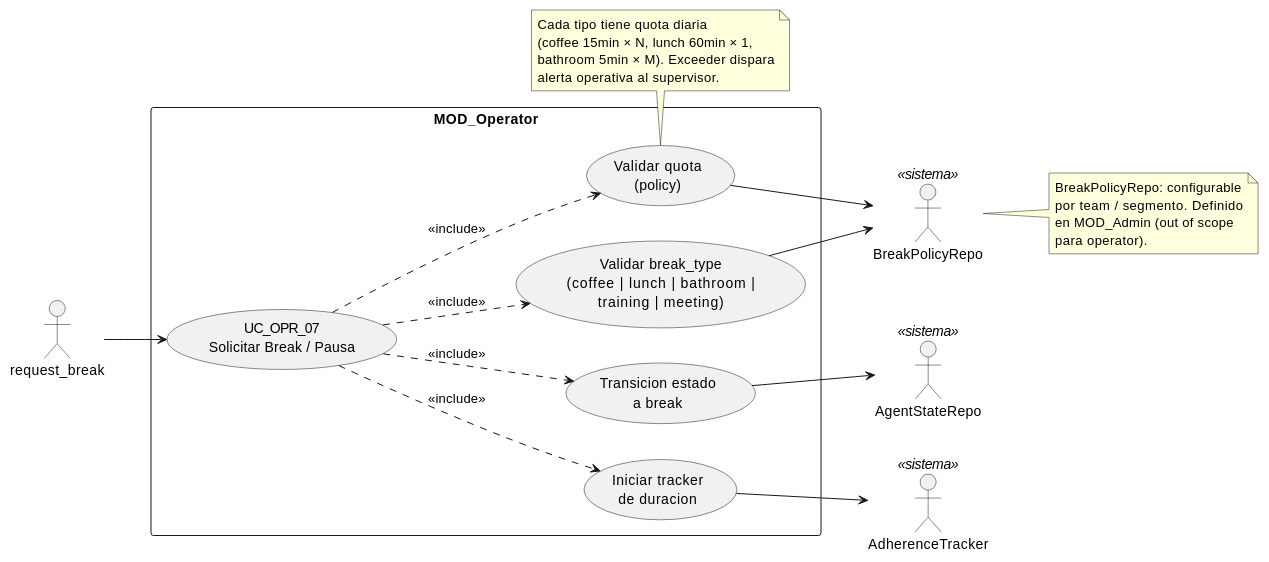
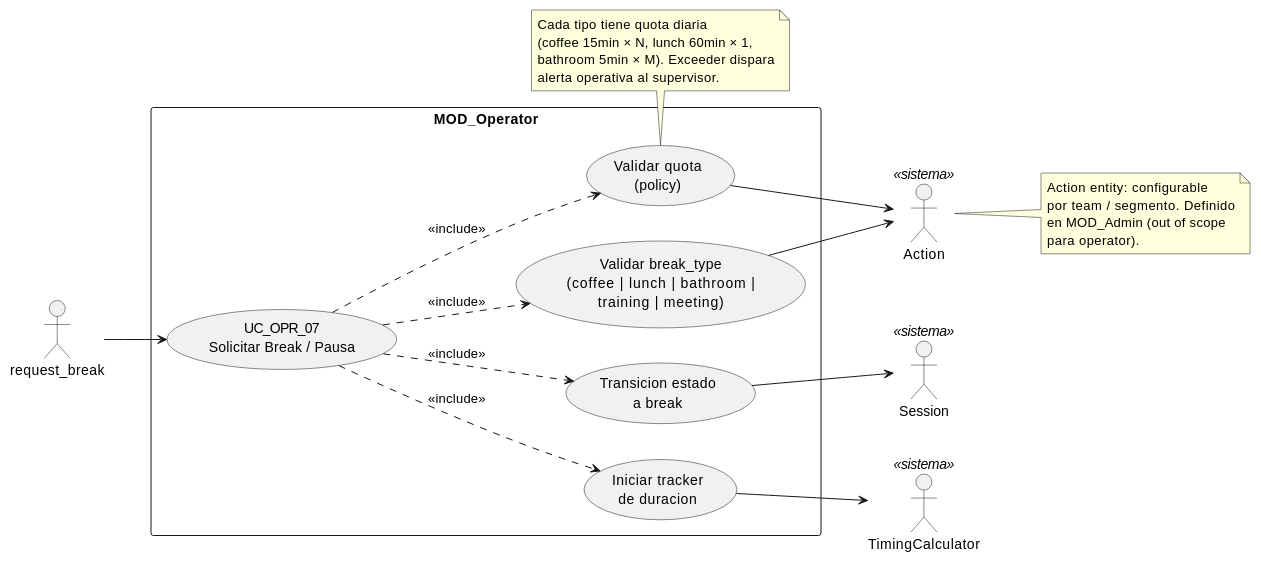
One commit to jcg-admin/IACT-docs changed the diagram in source/requisitos/casos-uso/operator/uc-opr-07/diagramas-uml/diagrama-de-caso-de-uso.rst. Above: the diagram before and after it, drawn with PlantUML. The commit also changed other lines of this file and 52 other files, not shown here.

```diff
--- a/source/requisitos/casos-uso/operator/uc-opr-07/diagramas-uml/diagrama-de-caso-de-uso.rst
+++ b/source/requisitos/casos-uso/operator/uc-opr-07/diagramas-uml/diagrama-de-caso-de-uso.rst
@@ -4,46 +4,46 @@
 .. uml::
  :caption: UC_OPR_07 — actores y casos asociados
 
  @startuml
 
  left to right direction
 
  actor "request_break" as INVOKER
- actor "BreakPolicyRepo" as POLICY <<sistema>>
- actor "AgentStateRepo" as STATE <<sistema>>
- actor "AdherenceTracker" as ADHERENCE <<sistema>>
+ actor "Action" as POLICY <<sistema>>
+ actor "Session" as SESSION <<sistema>>
+ actor "TimingCalculator" as TC <<sistema>>
 
  rectangle "MOD_Operator" {
    usecase "UC_OPR_07\nSolicitar Break / Pausa" as UC_OPR_07
    usecase "Validar break_type\n(coffee | lunch | bathroom |\ntraining | meeting)" as VALIDAR_TYPE
    usecase "Validar quota\n(policy)" as VALIDAR_QUOTA
    usecase "Transicion estado\na break" as TRANSICIONAR
    usecase "Iniciar tracker\nde duracion" as TRACK
  }
 
  INVOKER --> UC_OPR_07
  UC_OPR_07 ..> VALIDAR_TYPE : <<include>>
  UC_OPR_07 ..> VALIDAR_QUOTA : <<include>>
  UC_OPR_07 ..> TRANSICIONAR : <<include>>
  UC_OPR_07 ..> TRACK : <<include>>
 
  VALIDAR_TYPE --> POLICY
  VALIDAR_QUOTA --> POLICY
- TRANSICIONAR --> STATE
- TRACK --> ADHERENCE
+ TRANSICIONAR --> SESSION
+ TRACK --> TC
 
  note bottom of VALIDAR_QUOTA
    Cada tipo tiene quota diaria
    (coffee 15min × N, lunch 60min × 1,
    bathroom 5min × M). Exceeder dispara
    alerta operativa al supervisor.
  end note
 
  note right of POLICY
-   BreakPolicyRepo: configurable
+   Action entity: configurable
    por team / segmento. Definido
    en MOD_Admin (out of scope
    para operator).
  end note
 
  @enduml
```
